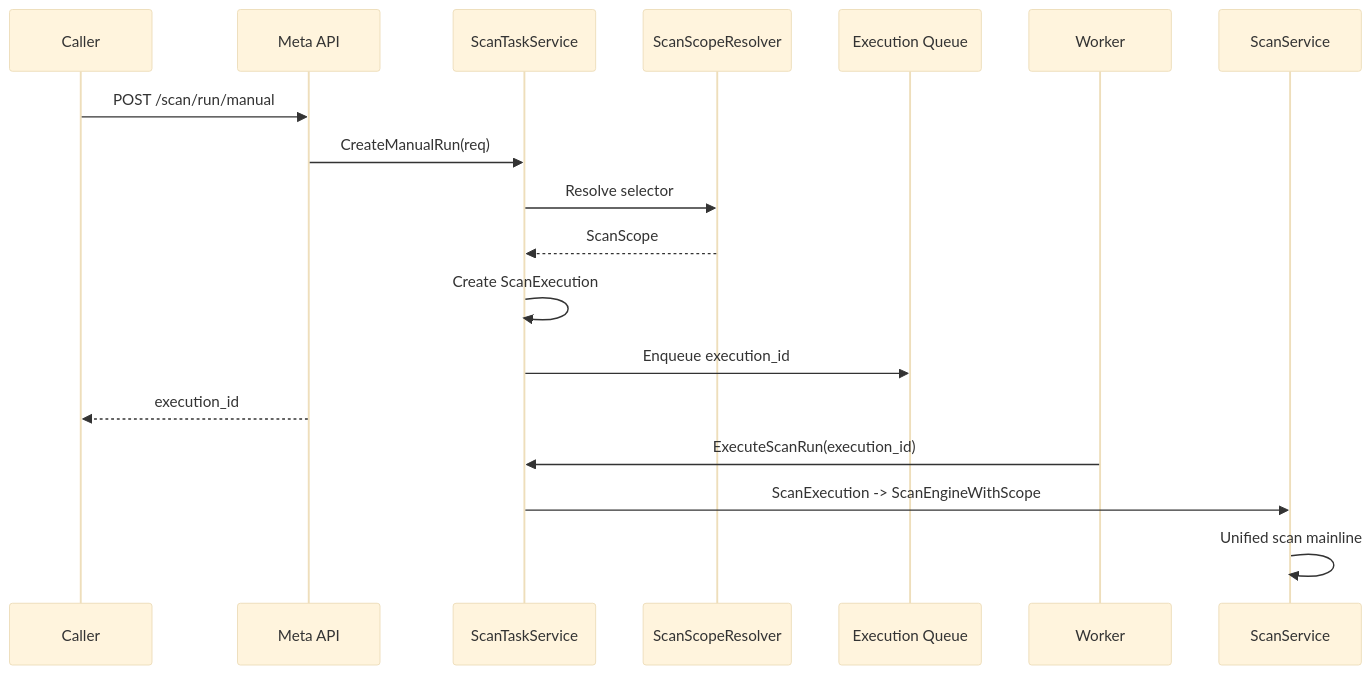
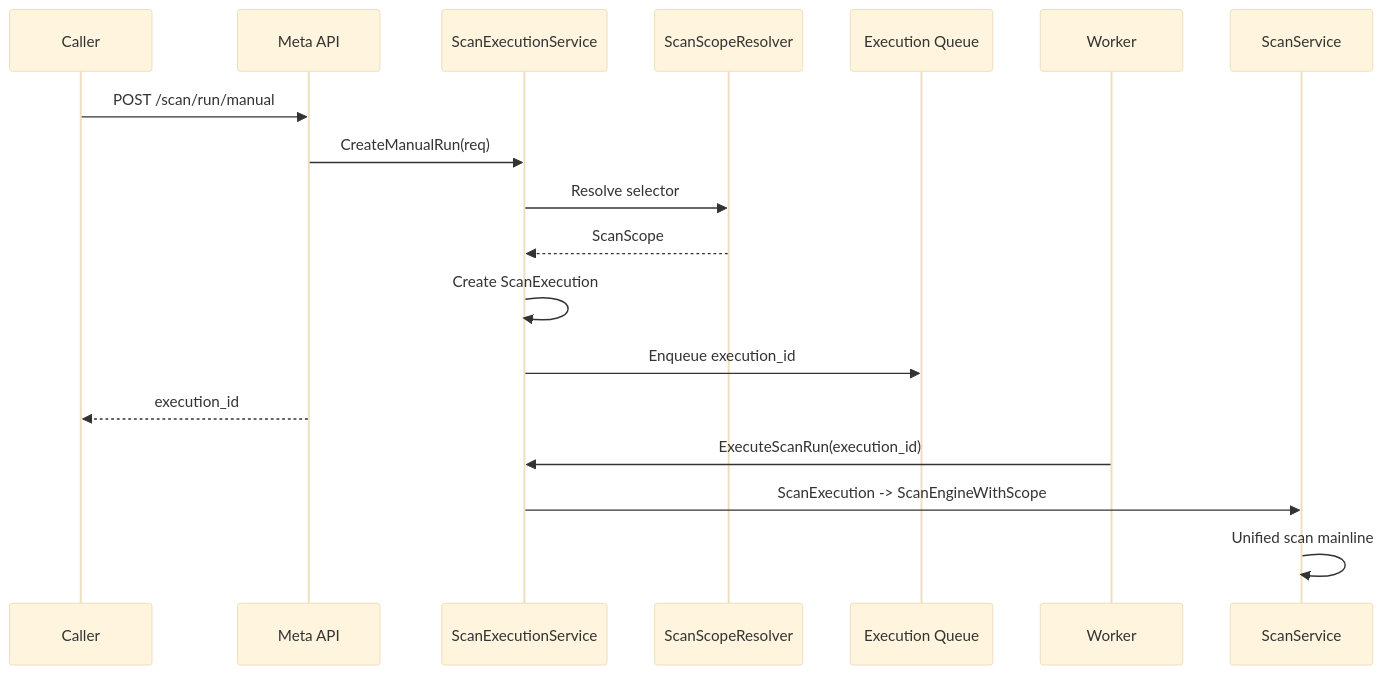
Before and after one commit to pampa0629/addp: the second of 8 diagrams in docs/next/meta扫描入口与内部主线设计.md, drawn with Mermaid (base theme). The commit also changed other lines of this file and 151 other files, not shown here.

````diff
--- a/docs/next/meta扫描入口与内部主线设计.md
+++ b/docs/next/meta扫描入口与内部主线设计.md
@@ -130,21 +131,21 @@
 ```mermaid
 sequenceDiagram
     participant Caller as Caller
     participant API as Meta API
-    participant Task as ScanTaskService
+    participant Exec as ScanExecutionService
     participant Resolver as ScanScopeResolver
     participant Queue as Execution Queue
     participant Worker as Worker
     participant Scan as ScanService
 
     Caller->>API: POST /scan/run/manual
-    API->>Task: CreateManualRun(req)
-    Task->>Resolver: Resolve selector
-    Resolver-->>Task: ScanScope
-    Task->>Task: Create ScanExecution
-    Task->>Queue: Enqueue execution_id
+    API->>Exec: CreateManualRun(req)
+    Exec->>Resolver: Resolve selector
+    Resolver-->>Exec: ScanScope
+    Exec->>Exec: Create ScanExecution
+    Exec->>Queue: Enqueue execution_id
     API-->>Caller: execution_id
-    Worker->>Task: ExecuteScanRun(execution_id)
-    Task->>Scan: ScanExecution -> ScanEngineWithScope
+    Worker->>Exec: ExecuteScanRun(execution_id)
+    Exec->>Scan: ScanExecution -> ScanEngineWithScope
     Scan->>Scan: Unified scan mainline
 ```
````
